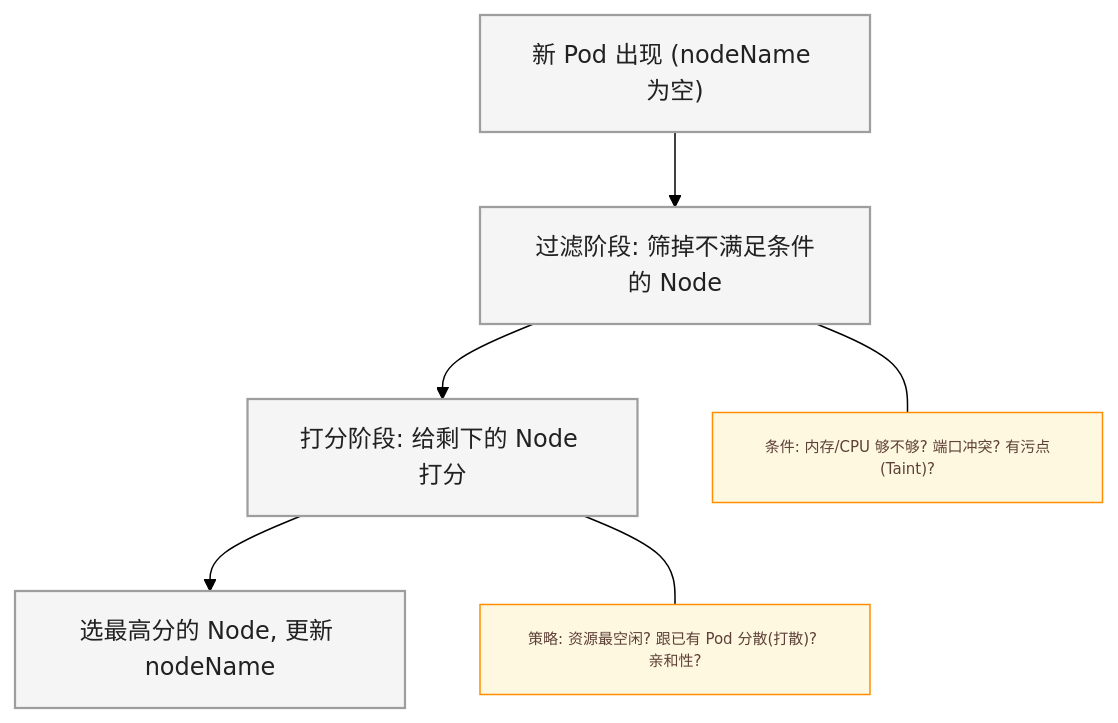
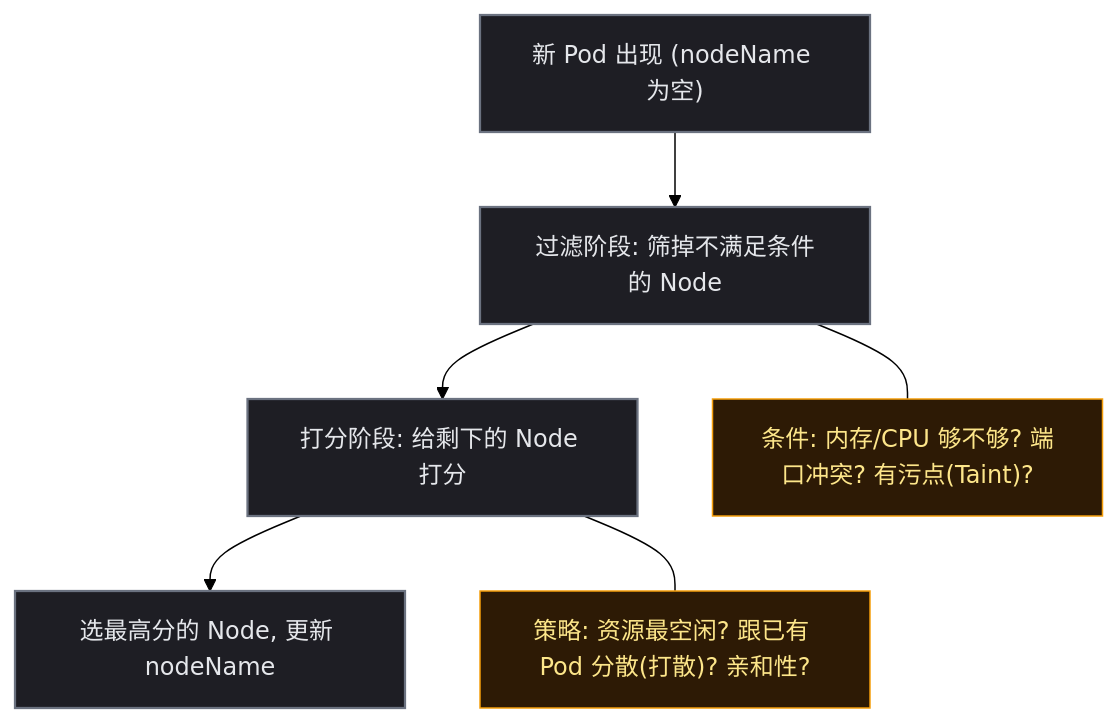
One commit to yaocat55/yaocat55.github.io changed the third of 7 diagrams in content/posts/kubernetes/K8sFoundationConcepts.md. Above: the diagram before and after it, drawn with Mermaid (forest theme). The commit also changed other lines of this file and 155 other files, not shown here.

````diff
--- a/content/posts/kubernetes/K8sFoundationConcepts.md
+++ b/content/posts/kubernetes/K8sFoundationConcepts.md
@@ -248,23 +248,23 @@
 ```mermaid
 flowchart TD
   A["新 Pod 出现 (nodeName 为空)"]
   B["过滤阶段: 筛掉不满足条件的 Node"]
   C["打分阶段: 给剩下的 Node 打分"]
   D["选最高分的 Node, 更新 nodeName"]
 
   A --> B
   B --> C
   C --> D
 
   B1["条件: 内存/CPU 够不够? 端口冲突? 有污点(Taint)?"]
   B --- B1
 
   C1["策略: 资源最空闲? 跟已有 Pod 分散(打散)? 亲和性?"]
   C --- C1
 
-  classDef process fill:#F5F5F5,stroke:#9E9E9E,stroke-width:1.5px,color:#212121
+classDef process fill:#1e1e24,stroke:#6b7280,stroke-width:1.5px,color:#e5e7eb;
   class A,B,C,D process
 
-  classDef note fill:#FFF8E1,stroke:#FF8F00,stroke-width:1px,color:#5D4037,font-size:10px
+classDef note fill:#2d1a05,stroke:#f59e0b,stroke-width:1px,color:#fde68a;
   class B1,C1 note
 ```
````
